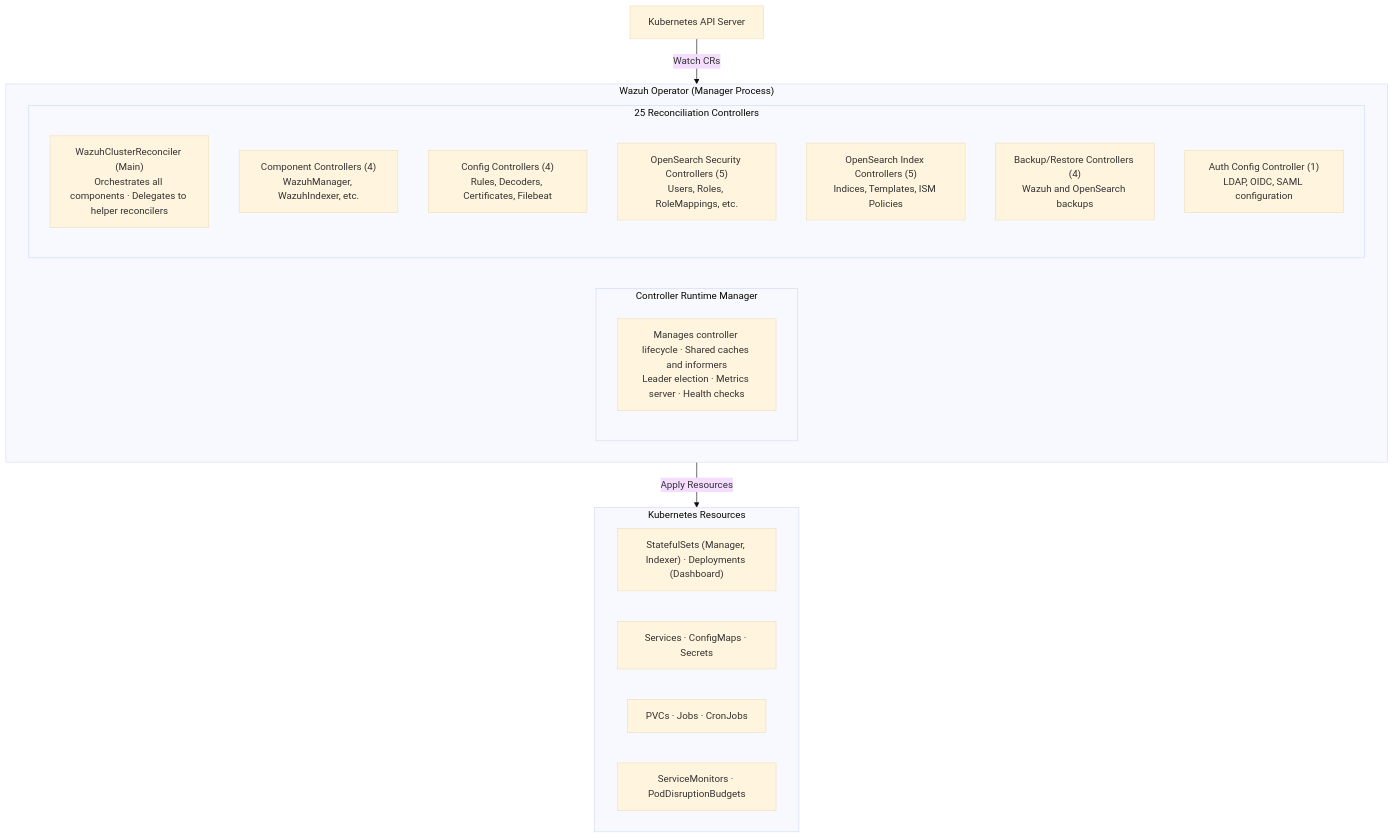
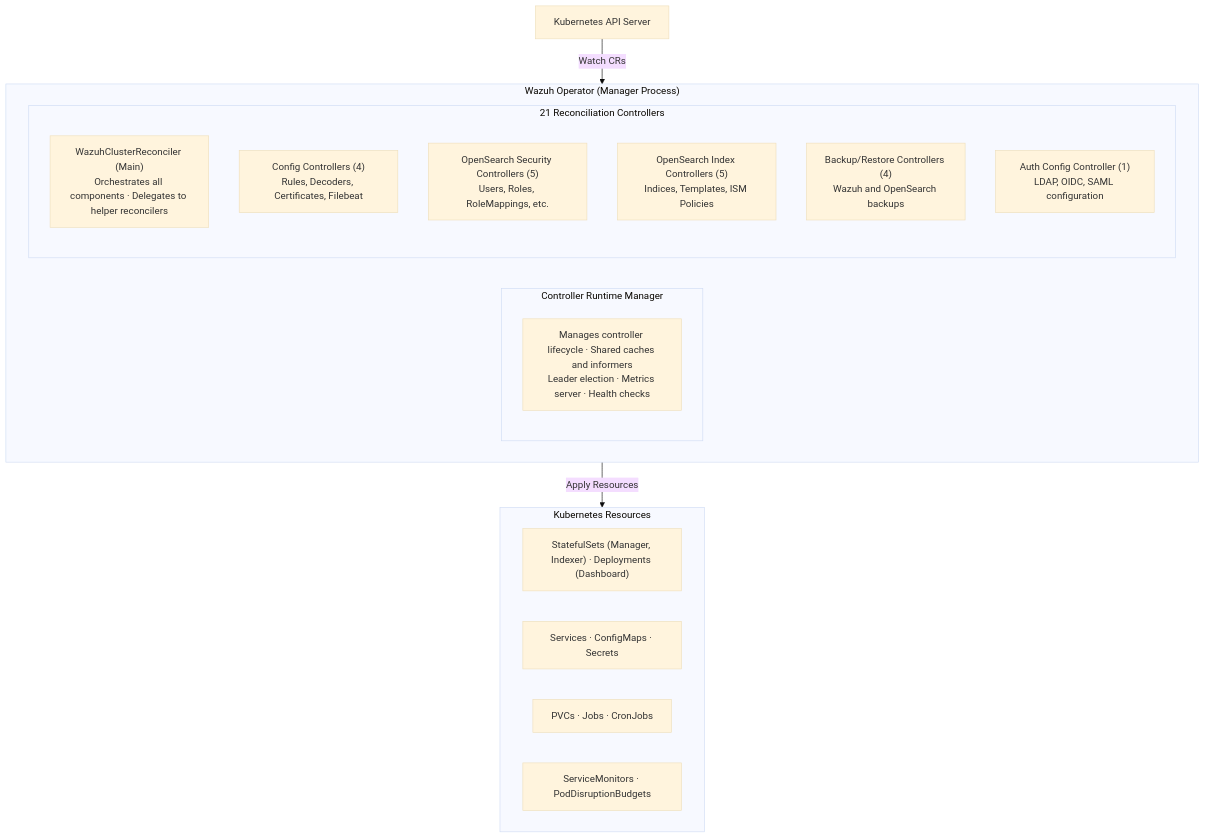
Before and after one commit to MaximeWewer/wazuh-operator: the first of 8 diagrams in docs/reference/architecture.md, drawn with Mermaid (base theme). The commit also changed other lines of this file and 18 other files, not shown here.

````diff
--- a/docs/reference/architecture.md
+++ b/docs/reference/architecture.md
@@ -41,29 +41,28 @@
 ```mermaid
 flowchart TD
     A[Kubernetes API Server]
 
     subgraph Operator["Wazuh Operator (Manager Process)"]
         subgraph CRM[Controller Runtime Manager]
             CRM1["Manages controller lifecycle · Shared caches and informers<br/>Leader election · Metrics server · Health checks"]
         end
-        subgraph Controllers[25 Reconciliation Controllers]
+        subgraph Controllers[21 Reconciliation Controllers]
             WCR["WazuhClusterReconciler (Main)<br/>Orchestrates all components · Delegates to helper reconcilers"]
-            COMP["Component Controllers (4)<br/>WazuhManager, WazuhIndexer, etc."]
             CONFIG["Config Controllers (4)<br/>Rules, Decoders, Certificates, Filebeat"]
             SEC["OpenSearch Security Controllers (5)<br/>Users, Roles, RoleMappings, etc."]
             IDX["OpenSearch Index Controllers (5)<br/>Indices, Templates, ISM Policies"]
             BACKUP["Backup/Restore Controllers (4)<br/>Wazuh and OpenSearch backups"]
             AUTH["Auth Config Controller (1)<br/>LDAP, OIDC, SAML configuration"]
         end
     end
 
     subgraph Resources[Kubernetes Resources]
         R1["StatefulSets (Manager, Indexer) · Deployments (Dashboard)"]
         R2["Services · ConfigMaps · Secrets"]
         R3["PVCs · Jobs · CronJobs"]
         R4["ServiceMonitors · PodDisruptionBudgets"]
     end
 
     A -->|"Watch CRs"| Operator
     Operator -->|"Apply Resources"| Resources
 ```
````
